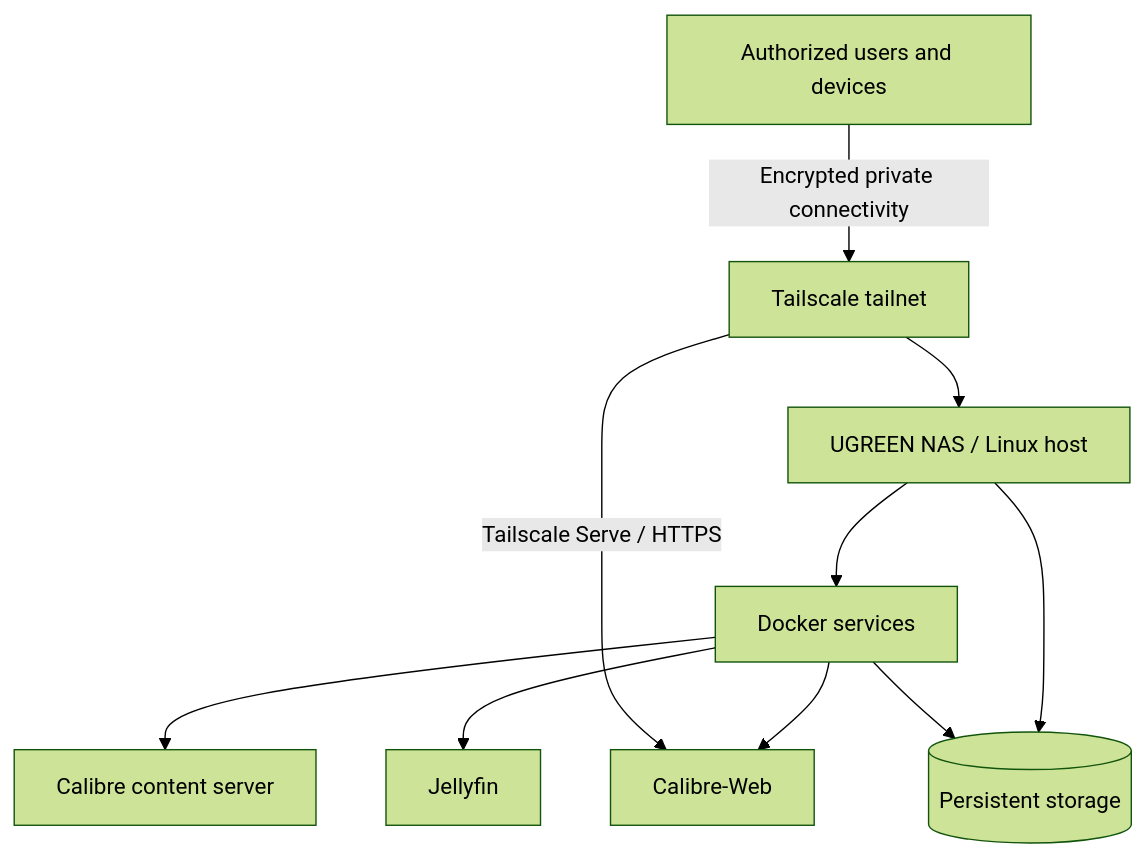
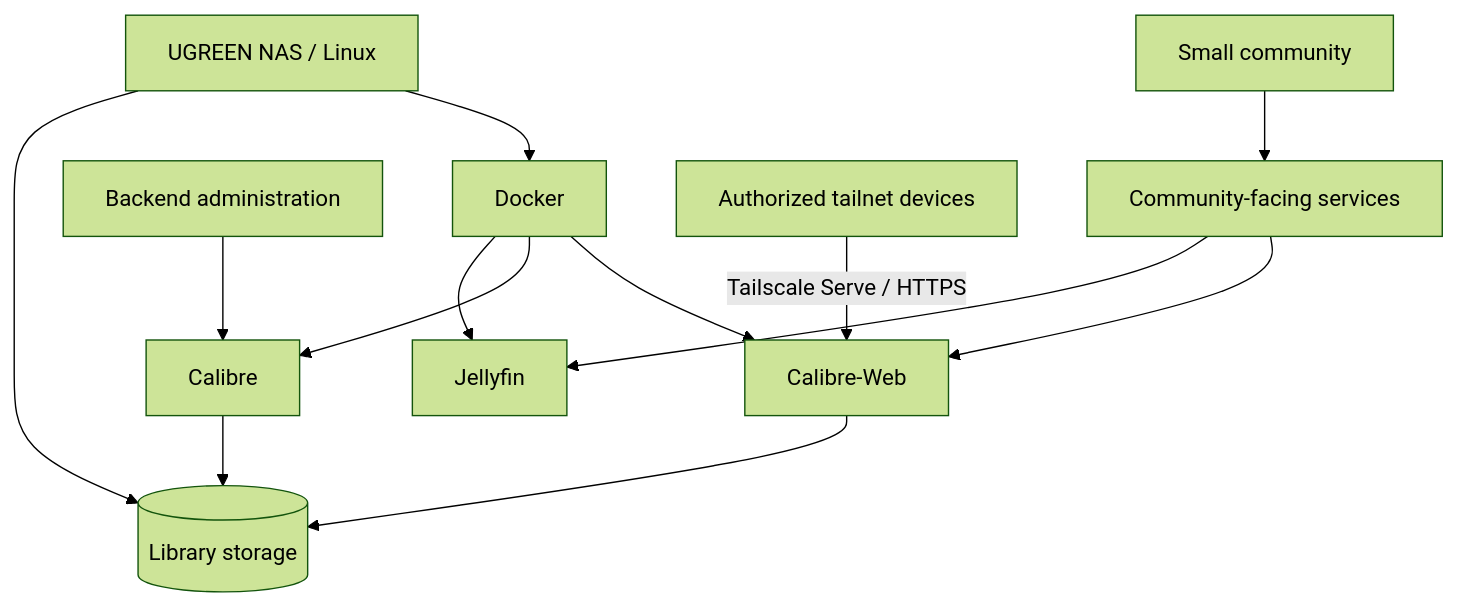
Before and after one commit to lux042/homelab: the diagram in README.md, drawn with Mermaid (forest theme). The commit also changed other lines of this file, not shown here.

Commit message:
Polish employer-facing Calibre operations case study and architecture

````diff
--- a/README.md
+++ b/README.md
@@ -37,12 +37,15 @@
 ```mermaid
 flowchart TD
-    Devices[Authorized users and devices] -->|Encrypted private connectivity| Tail[Tailscale tailnet]
-    Tail --> NAS[UGREEN NAS / Linux host]
-    NAS --> Docker[Docker services]
-    Docker --> Calibre[Calibre content server]
-    Docker --> Web[Calibre-Web]
-    Docker --> Jellyfin[Jellyfin]
-    Tail -->|Tailscale Serve / HTTPS| Web
-    NAS --> Storage[(Persistent storage)]
-    Docker --> Storage
+    Community[Small community] --> Services[Community-facing services]
+    Services --> Web[Calibre-Web]
+    Services --> Jellyfin[Jellyfin]
+    Admin[Backend administration] --> Calibre[Calibre]
+    Web --> Books[(Library storage)]
+    Calibre --> Books
+    NAS[UGREEN NAS / Linux] --> Docker[Docker]
+    Docker --> Web
+    Docker --> Calibre
+    Docker --> Jellyfin
+    NAS --> Books
+    Tailnet[Authorized tailnet devices] -->|Tailscale Serve / HTTPS| Web
 ```
````
